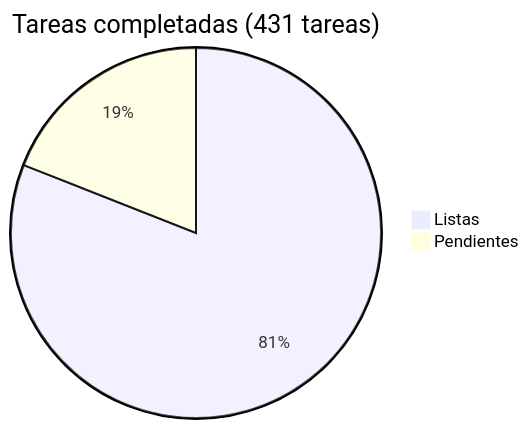
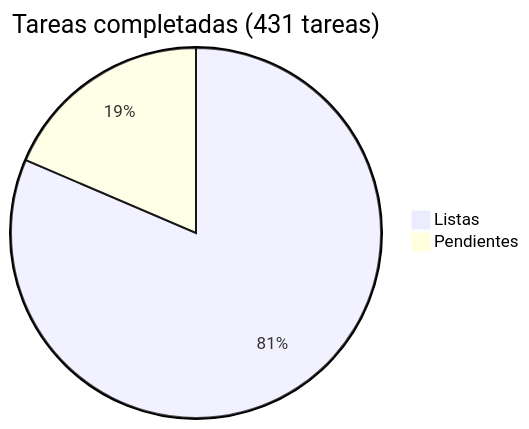
The diagram in docs/roadmap/README.md (araguaney-lat/araguaney), drawn with Mermaid before and after one commit. The commit also changed other lines of this file and 5 other files, not shown here.

````diff
--- a/docs/roadmap/README.md
+++ b/docs/roadmap/README.md
@@ -5,5 +5,5 @@
 ```mermaid
 pie title Tareas completadas (431 tareas)
-    "Listas" : 349
-    "Pendientes" : 82
+    "Listas" : 351
+    "Pendientes" : 80
 ```
````
